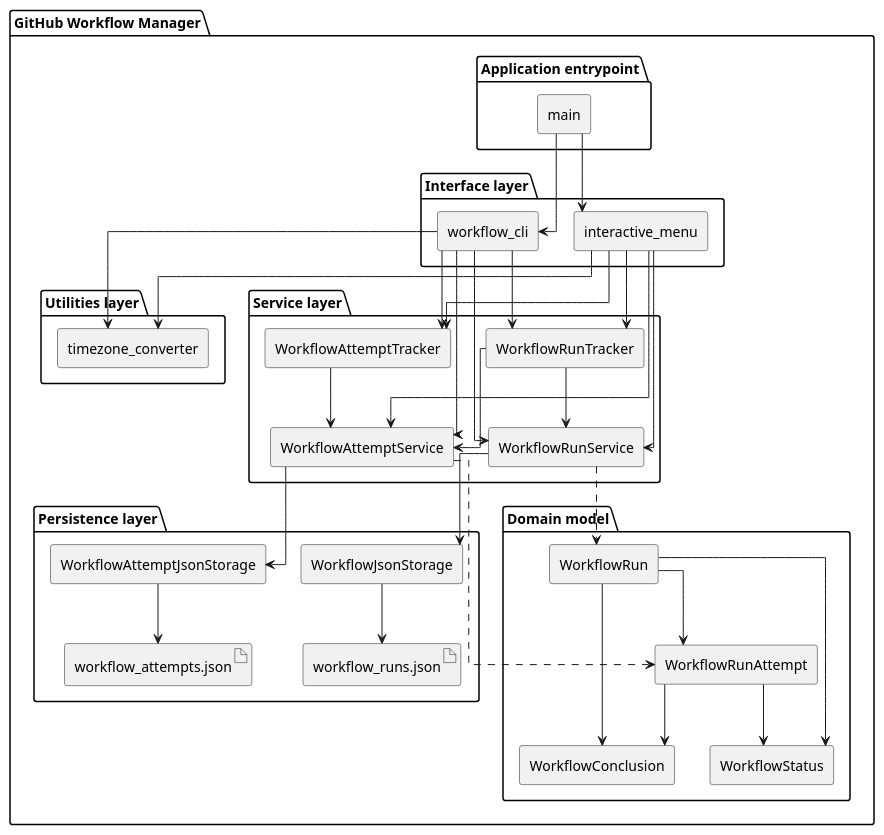
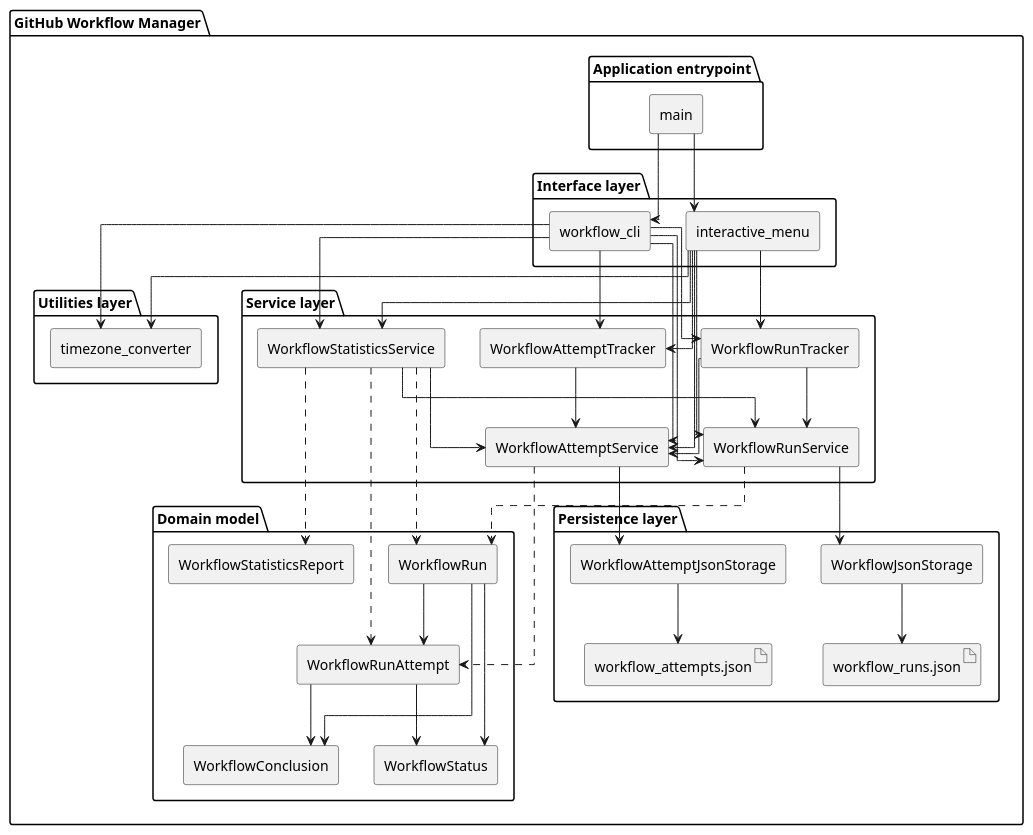
One commit to DanielRiha8906/Software_autoevolution_using_agents changed the diagram in experiments/pipeline/structured_text/github-workflow-manager/artifacts/component_diagram.puml. Above: the diagram before and after it, drawn with PlantUML. The commit also changed 17 other files, not shown here.

```diff
--- a/experiments/pipeline/structured_text/github-workflow-manager/artifacts/component_diagram.puml
+++ b/experiments/pipeline/structured_text/github-workflow-manager/artifacts/component_diagram.puml
@@ -1,77 +1,88 @@
 @startuml component_diagram
 
 skinparam componentStyle rectangle
 skinparam linetype ortho
 top to bottom direction
 
 package "GitHub Workflow Manager" {
 
   package "Application entrypoint" {
     component "main" as MAIN
   }
 
   package "Interface layer" {
     component "workflow_cli" as CLI
     component "interactive_menu" as IM
   }
 
   package "Utilities layer" {
     component "timezone_converter" as TZ
   }
 
   package "Service layer" {
     component "WorkflowRunTracker" as TRACKER
     component "WorkflowAttemptTracker" as ATRACKER
     component "WorkflowRunService" as SVC
     component "WorkflowAttemptService" as ASVC
+    component "WorkflowStatisticsService" as STATS
   }
 
   package "Persistence layer" {
     component "WorkflowJsonStorage" as STOR
     component "WorkflowAttemptJsonStorage" as ASTOR
     artifact "workflow_runs.json" as JSON_FILE
     artifact "workflow_attempts.json" as AJSON_FILE
   }
 
   package "Domain model" {
     component "WorkflowRun" as RUN
     component "WorkflowRunAttempt" as ATTEMPT
     component "WorkflowStatus" as STATUS
     component "WorkflowConclusion" as CONCLUSION
+    component "WorkflowStatisticsReport" as REPORT
   }
 }
 
 MAIN --> CLI
 MAIN --> IM
 
 CLI --> TZ
 IM --> TZ
 
 CLI --> TRACKER
 IM --> TRACKER
 CLI --> ATRACKER
 IM --> ATRACKER
 
 CLI --> SVC
 IM --> SVC
 CLI --> ASVC
 IM --> ASVC
+CLI --> STATS
+IM --> STATS
 
 TRACKER --> SVC
 TRACKER --> ASVC
 ATRACKER --> ASVC
 SVC --> STOR
 ASVC --> ASTOR
 STOR --> JSON_FILE
 ASTOR --> AJSON_FILE
+
+STATS --> SVC
+STATS --> ASVC
 
 SVC ..> RUN
 RUN --> STATUS
 RUN --> CONCLUSION
 RUN --> ATTEMPT
 
 ASVC ..> ATTEMPT
 ATTEMPT --> STATUS
 ATTEMPT --> CONCLUSION
 
+STATS ..> REPORT
+STATS ..> RUN
+STATS ..> ATTEMPT
+
 @enduml
```
